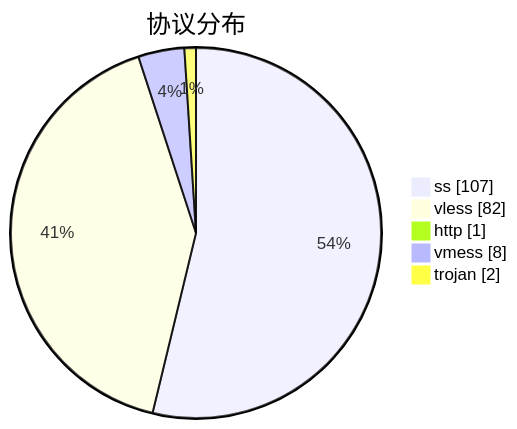
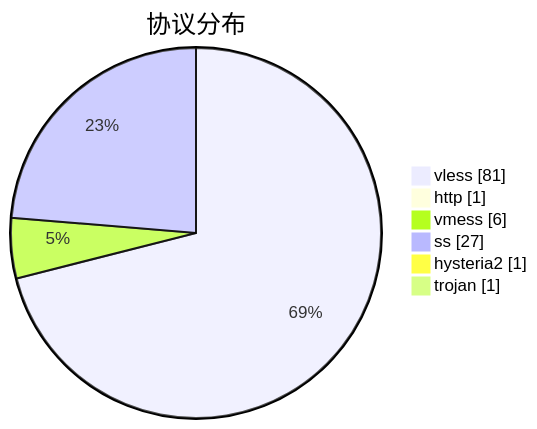
The third of 3 diagrams in subs/statistics/tested_within.md (qjlxg/airport), drawn with Mermaid before and after one commit. The commit also changed other lines of this file and 2 other files, not shown here.

````diff
--- a/subs/statistics/tested_within.md
+++ b/subs/statistics/tested_within.md
@@ -26,9 +23,10 @@
 ```mermaid
 pie showData
 title 协议分布
-"ss" : 107
-"vless" : 82
+"vless" : 81
 "http" : 1
-"vmess" : 8
-"trojan" : 2
+"vmess" : 6
+"ss" : 27
+"hysteria2" : 1
+"trojan" : 1
 ```
````
